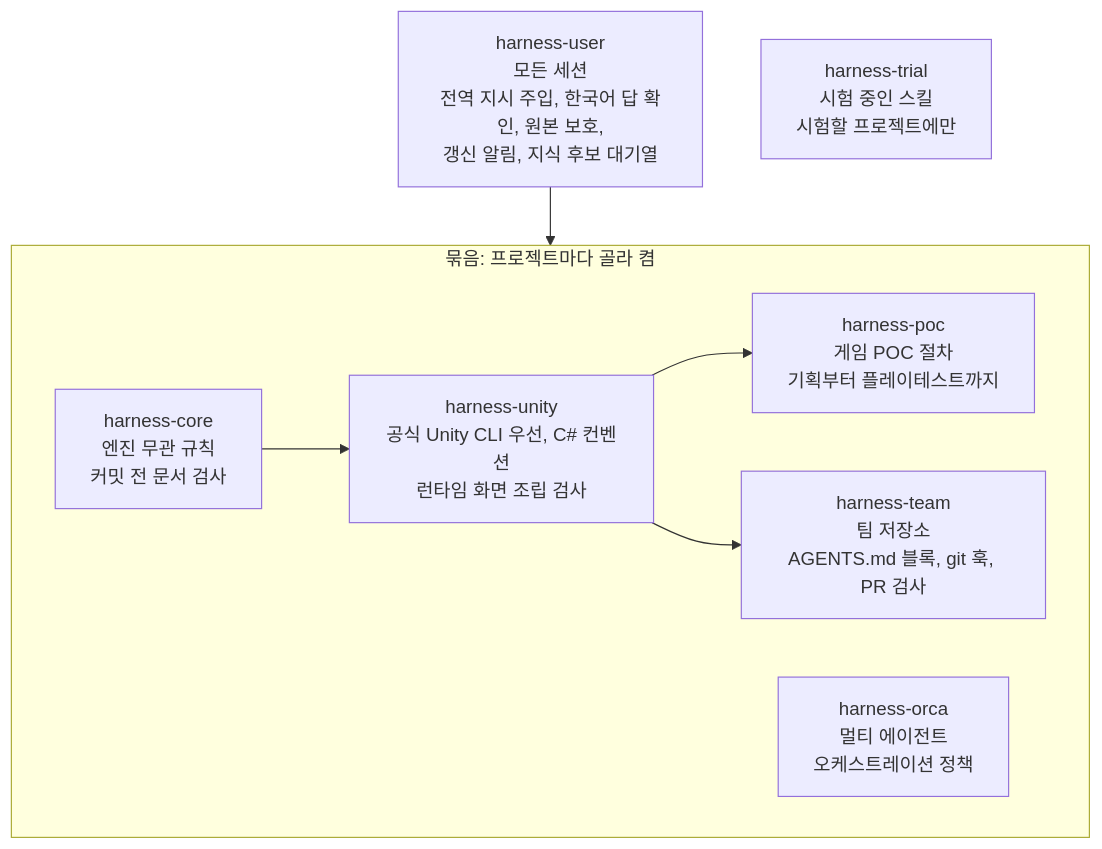
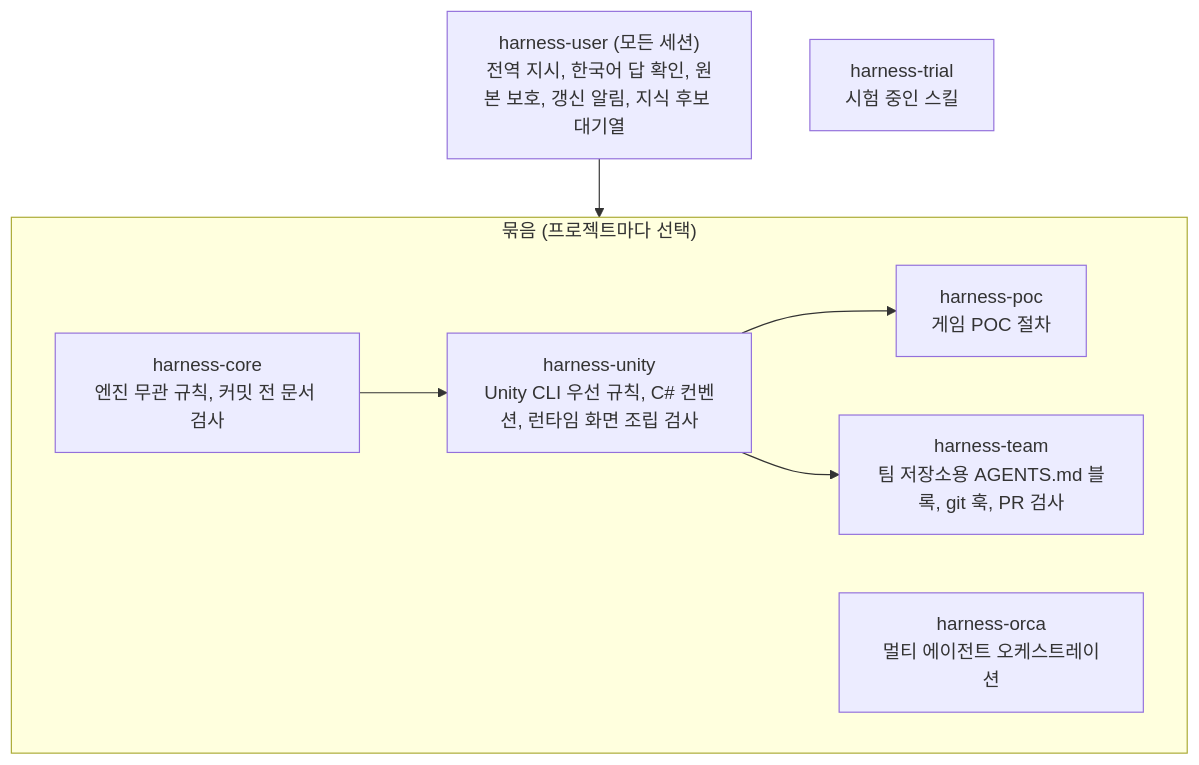
The first of 2 diagrams in README.md (minsforgh/harness), drawn with Mermaid before and after one commit. The commit also changed other lines of this file, not shown here.

````diff
--- a/README.md
+++ b/README.md
@@ -19,19 +20,19 @@
 ```mermaid
 flowchart TB
-    U["harness-user<br/>모든 세션<br/>전역 지시 주입, 한국어 답 확인, 원본 보호,<br/>갱신 알림, 지식 후보 대기열"]
+    U["harness-user (모든 세션)<br/>전역 지시, 한국어 답 확인, 원본 보호, 갱신 알림, 지식 후보 대기열"]
 
-    subgraph P["묶음: 프로젝트마다 골라 켬"]
-        CORE["harness-core<br/>엔진 무관 규칙<br/>커밋 전 문서 검사"]
-        UNITY["harness-unity<br/>공식 Unity CLI 우선, C# 컨벤션<br/>런타임 화면 조립 검사"]
-        POC["harness-poc<br/>게임 POC 절차<br/>기획부터 플레이테스트까지"]
-        TEAM["harness-team<br/>팀 저장소<br/>AGENTS.md 블록, git 훅, PR 검사"]
-        ORCA["harness-orca<br/>멀티 에이전트<br/>오케스트레이션 정책"]
+    subgraph P["묶음 (프로젝트마다 선택)"]
+        CORE["harness-core<br/>엔진 무관 규칙, 커밋 전 문서 검사"]
+        UNITY["harness-unity<br/>Unity CLI 우선 규칙, C# 컨벤션, 런타임 화면 조립 검사"]
+        POC["harness-poc<br/>게임 POC 절차"]
+        TEAM["harness-team<br/>팀 저장소용 AGENTS.md 블록, git 훅, PR 검사"]
+        ORCA["harness-orca<br/>멀티 에이전트 오케스트레이션"]
     end
 
-    T["harness-trial<br/>시험 중인 스킬<br/>시험할 프로젝트에만"]
+    T["harness-trial<br/>시험 중인 스킬"]
 
     U --> P
     CORE --> UNITY
     UNITY --> POC
     UNITY --> TEAM
 ```
````
